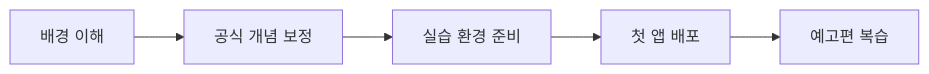
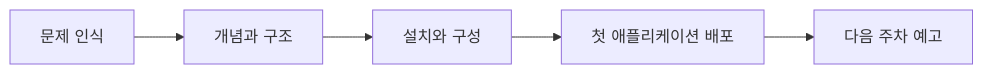
One commit to rlaehdwn0105/istio-study changed the fifth of 5 diagrams in posts/week1-istio-intro.md. Above: the diagram before and after it, drawn with Mermaid. The commit also changed other lines of this file and 1 other file, not shown here.

````diff
--- a/posts/week1-istio-intro.md
+++ b/posts/week1-istio-intro.md
@@ -558,10 +285,10 @@
 ```mermaid
 flowchart LR
-    A[배경 이해]
-    B[공식 개념 보정]
-    C[실습 환경 준비]
-    D[첫 앱 배포]
-    E[예고편 복습]
+    A[문제 인식]
+    B[개념과 구조]
+    C[설치와 구성]
+    D[첫 애플리케이션 배포]
+    E[다음 주차 예고]
 
     A --> B --> C --> D --> E
 ```
````
